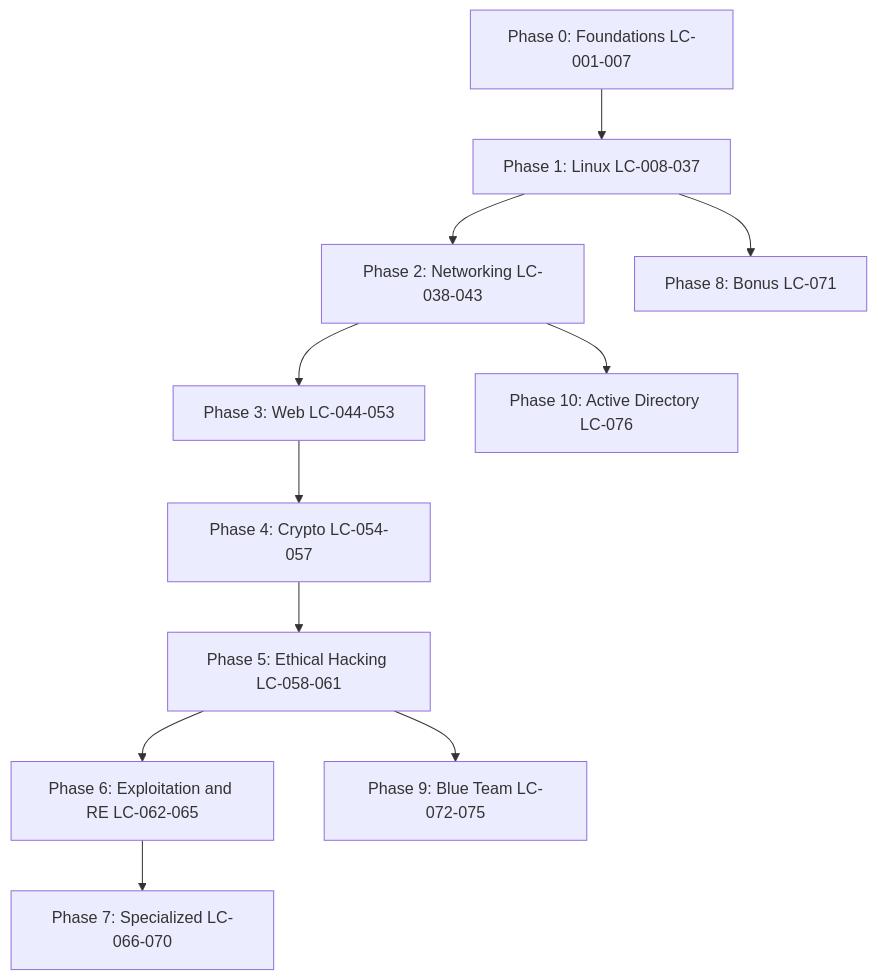
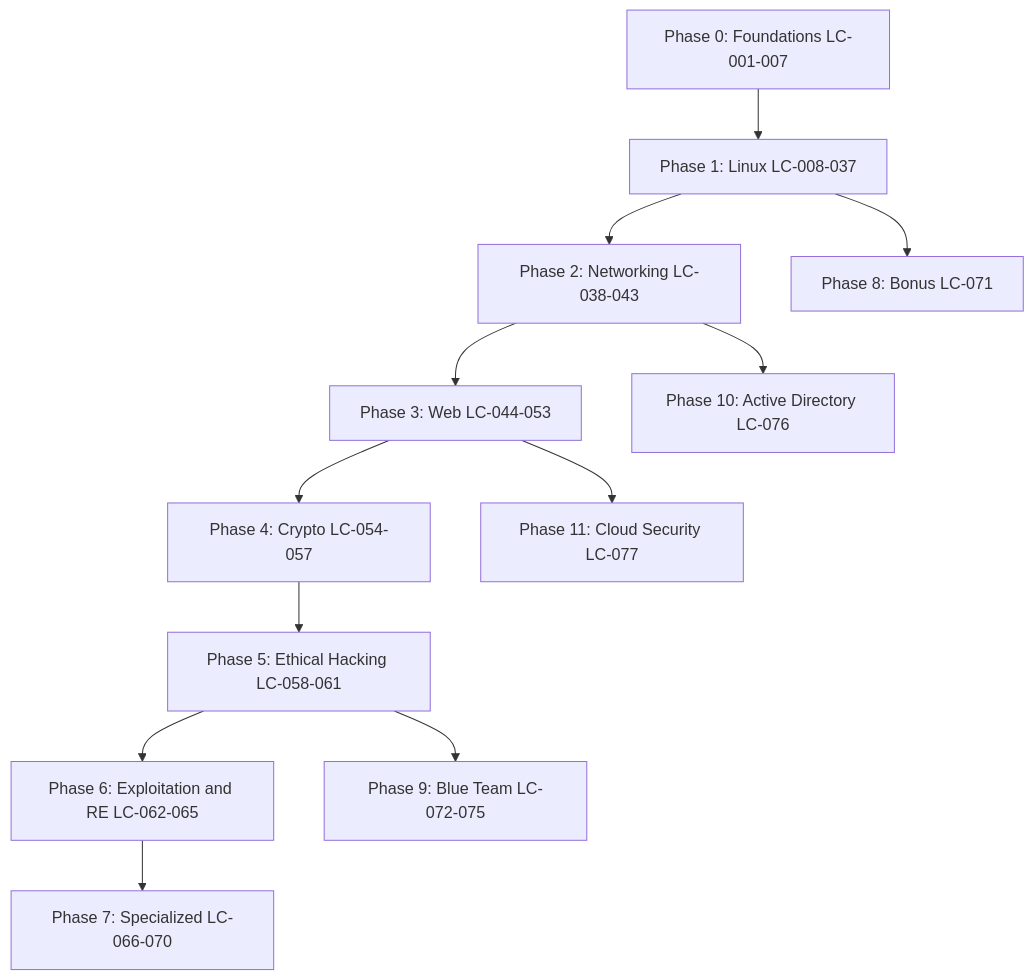
Before and after one commit to Kodokthegr3at/Zero2Root: the diagram in ROADMAP.md, drawn with Mermaid. The commit also changed other lines of this file and 16 other files, not shown here.

Commit message:
Add LC-077 Cloud Security Fundamentals (id/en/ja) as Phase 11

````diff
--- a/ROADMAP.md
+++ b/ROADMAP.md
@@ -21,13 +21,14 @@
 ```mermaid
 flowchart TD
     P0[Phase 0: Foundations LC-001-007] --> P1[Phase 1: Linux LC-008-037]
     P1 --> P2[Phase 2: Networking LC-038-043]
     P2 --> P3[Phase 3: Web LC-044-053]
     P3 --> P4[Phase 4: Crypto LC-054-057]
     P4 --> P5[Phase 5: Ethical Hacking LC-058-061]
     P5 --> P6[Phase 6: Exploitation and RE LC-062-065]
     P6 --> P7[Phase 7: Specialized LC-066-070]
     P1 --> P8[Phase 8: Bonus LC-071]
     P5 --> P9[Phase 9: Blue Team LC-072-075]
     P2 --> P10[Phase 10: Active Directory LC-076]
+    P3 --> P11[Phase 11: Cloud Security LC-077]
 ```
````
